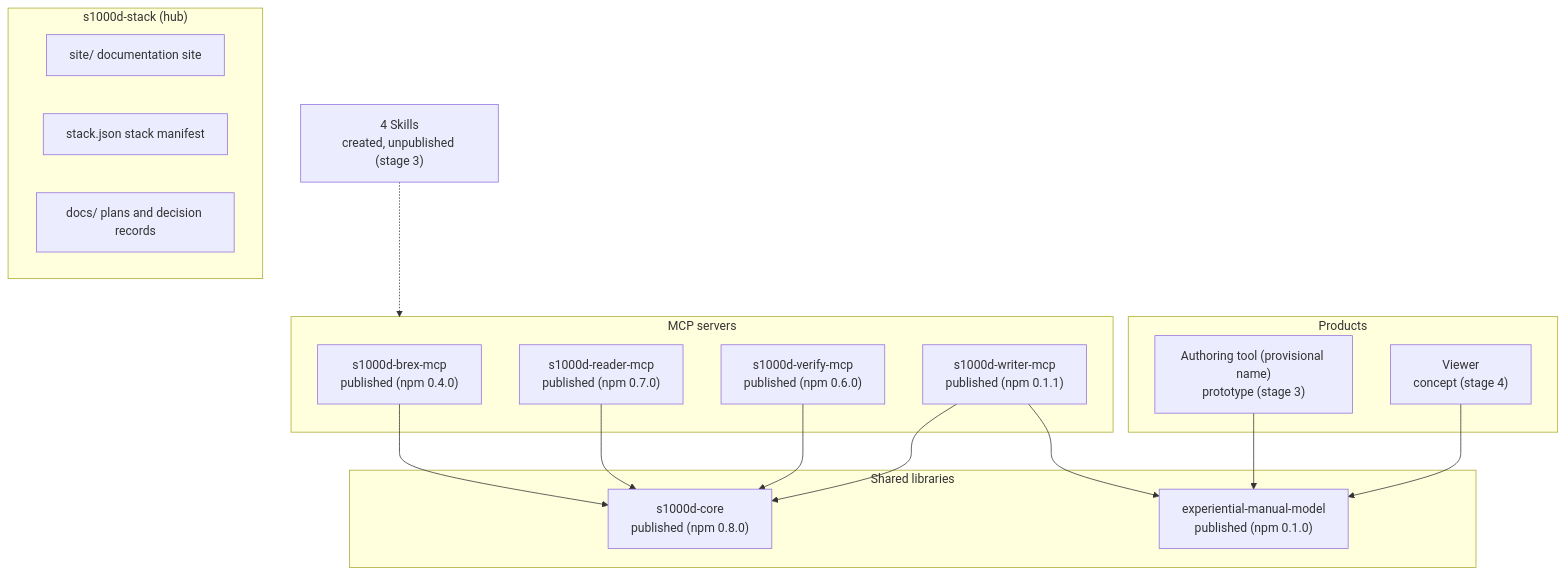
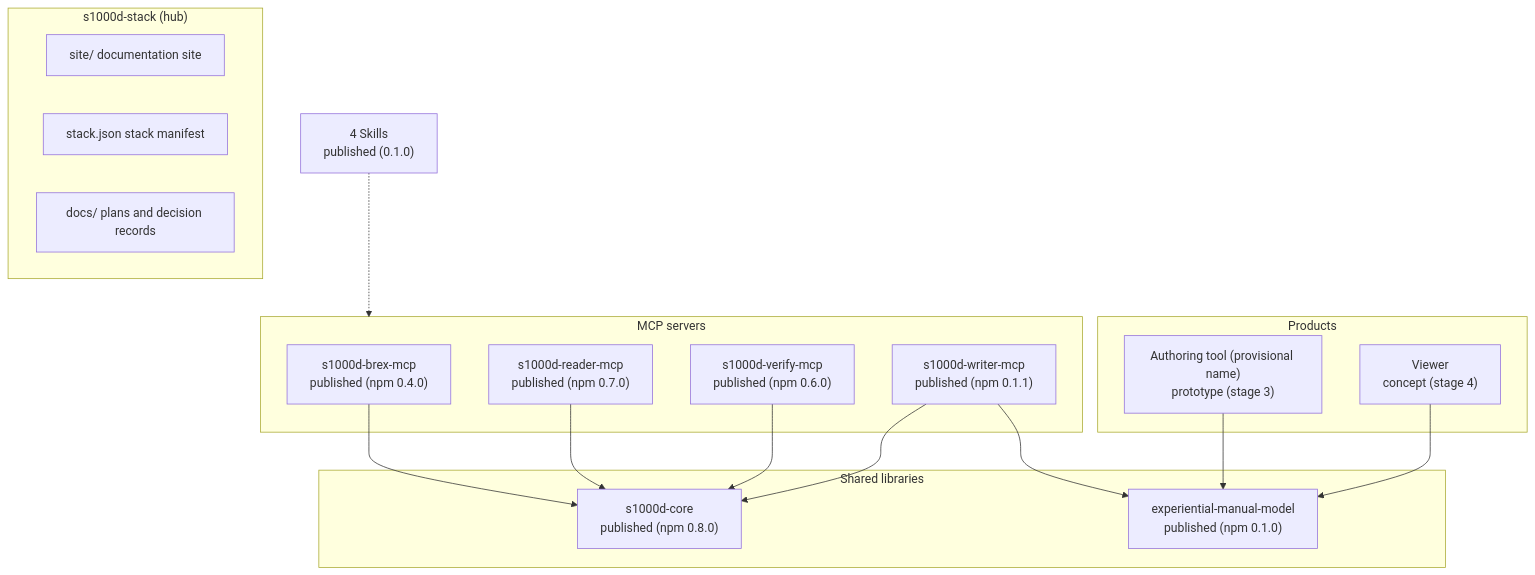
The diagram in site/src/content/docs/guide/architecture.md (shuji-bonji/s1000d-stack), drawn with Mermaid before and after one commit. The commit also changed other lines of this file and 17 other files, not shown here.

````diff
--- a/site/src/content/docs/guide/architecture.md
+++ b/site/src/content/docs/guide/architecture.md
@@ -10,31 +10,31 @@
 ```mermaid
 flowchart TB
   subgraph Hub["s1000d-stack (hub)"]
     SITE["site/ documentation site"]
     STACK["stack.json stack manifest"]
     DOCS["docs/ plans and decision records"]
   end
   subgraph Lib["Shared libraries"]
     CORE["s1000d-core<br/>published (npm 0.8.0)"]
     MODEL["experiential-manual-model<br/>published (npm 0.1.0)"]
   end
   subgraph Mcp["MCP servers"]
     BREX["s1000d-brex-mcp<br/>published (npm 0.4.0)"]
     R["s1000d-reader-mcp<br/>published (npm 0.7.0)"]
     V["s1000d-verify-mcp<br/>published (npm 0.6.0)"]
     W["s1000d-writer-mcp<br/>published (npm 0.1.1)"]
   end
   subgraph App["Products"]
     ED["Authoring tool (provisional name)<br/>prototype (stage 3)"]
     VW["Viewer<br/>concept (stage 4)"]
   end
-  SK["4 Skills<br/>created, unpublished (stage 3)"]
+  SK["4 Skills<br/>published (0.1.0)"]
   BREX --> CORE
   R --> CORE
   V --> CORE
   W --> CORE
   W --> MODEL
   ED --> MODEL
   VW --> MODEL
   SK -.-> Mcp
 ```
````
